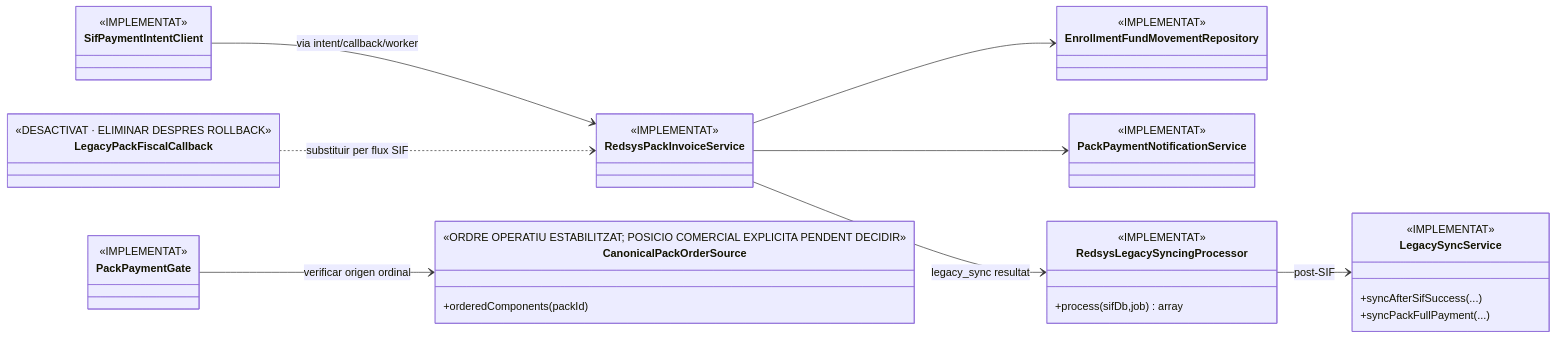
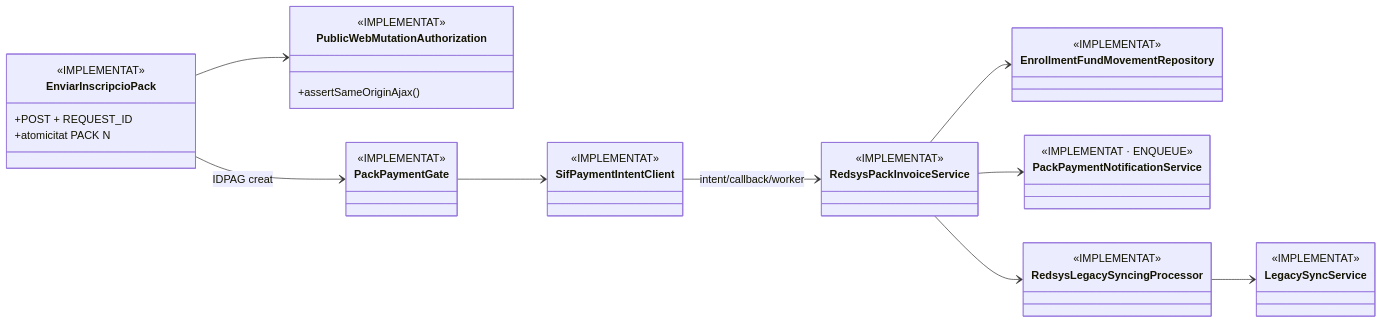
One commit to orgmeriemprismacat-del/verifactu changed the third of 3 diagrams in documentacio/07-uml-integrat/uc-015-classes-actual-final.md. Above: the diagram before and after it, drawn with Mermaid. The commit also changed other lines of this file, not shown here.

````diff
--- a/documentacio/07-uml-integrat/uc-015-classes-actual-final.md
+++ b/documentacio/07-uml-integrat/uc-015-classes-actual-final.md
@@ -152,43 +151,43 @@
 ```mermaid
 classDiagram
 direction LR
+class PublicWebMutationAuthorization {
+  <<IMPLEMENTAT>>
+  +assertSameOriginAjax()
+}
+class EnviarInscripcioPack {
+  <<IMPLEMENTAT>>
+  +POST + REQUEST_ID
+  +atomicitat PACK N
+}
 class PackPaymentGate {
   <<IMPLEMENTAT>>
 }
 class SifPaymentIntentClient {
   <<IMPLEMENTAT>>
 }
 class RedsysPackInvoiceService {
   <<IMPLEMENTAT>>
 }
 class EnrollmentFundMovementRepository {
   <<IMPLEMENTAT>>
 }
 class PackPaymentNotificationService {
-  <<IMPLEMENTAT>>
-}
-class LegacyPackFiscalCallback {
-  <<DESACTIVAT · ELIMINAR DESPRES ROLLBACK>>
-}
-class CanonicalPackOrderSource {
-  <<ORDRE OPERATIU ESTABILITZAT; POSICIO COMERCIAL EXPLICITA PENDENT DECIDIR>>
-  +orderedComponents(packId)
+  <<IMPLEMENTAT · ENQUEUE>>
 }
 class RedsysLegacySyncingProcessor {
   <<IMPLEMENTAT>>
-  +process(sifDb,job) array
 }
 class LegacySyncService {
   <<IMPLEMENTAT>>
-  +syncAfterSifSuccess(...)
-  +syncPackFullPayment(...)
 }
 
-PackPaymentGate --> CanonicalPackOrderSource : verificar origen ordinal
-SifPaymentIntentClient --> RedsysPackInvoiceService : via intent/callback/worker
+EnviarInscripcioPack --> PublicWebMutationAuthorization
+EnviarInscripcioPack --> PackPaymentGate : IDPAG creat
+PackPaymentGate --> SifPaymentIntentClient
+SifPaymentIntentClient --> RedsysPackInvoiceService : intent/callback/worker
 RedsysPackInvoiceService --> EnrollmentFundMovementRepository
 RedsysPackInvoiceService --> PackPaymentNotificationService
-RedsysPackInvoiceService --> RedsysLegacySyncingProcessor : legacy_sync resultat
-RedsysLegacySyncingProcessor --> LegacySyncService : post-SIF
-LegacyPackFiscalCallback ..> RedsysPackInvoiceService : substituir per flux SIF
+RedsysPackInvoiceService --> RedsysLegacySyncingProcessor
+RedsysLegacySyncingProcessor --> LegacySyncService
 ```
````
